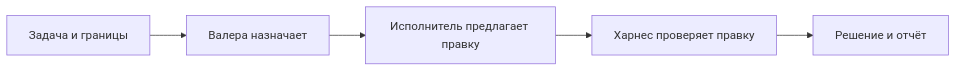
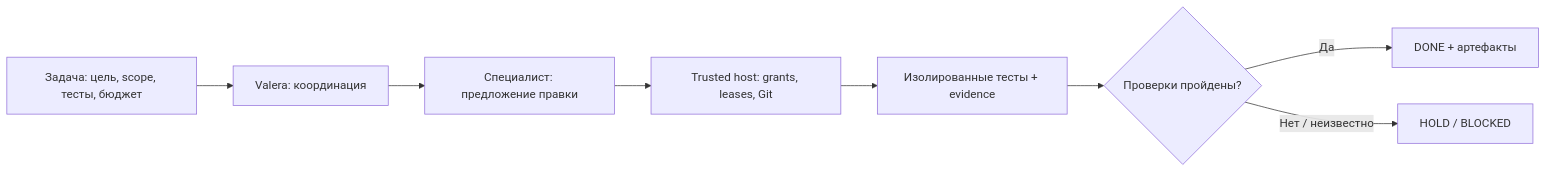
One commit to two-potato/potato_harness changed the diagram in README.md. Above: the diagram before and after it, drawn with Mermaid. The commit also changed other lines of this file and 1 other file, not shown here.

````diff
--- a/README.md
+++ b/README.md
@@ -54,7 +22,10 @@
 ```mermaid
 flowchart LR
-    A["Задача и границы"] --> B["Валера назначает"]
-    B --> C["Исполнитель предлагает правку"]
-    C --> D["Харнес проверяет правку"]
-    D --> E["Решение и отчёт"]
+    A["Задача: цель, scope, тесты, бюджет"] --> B["Valera: координация"]
+    B --> C["Специалист: предложение правки"]
+    C --> D["Trusted host: grants, leases, Git"]
+    D --> E["Изолированные тесты + evidence"]
+    E --> F{"Проверки пройдены?"}
+    F -->|Да| G["DONE + артефакты"]
+    F -->|Нет / неизвестно| H["HOLD / BLOCKED"]
 ```
````
